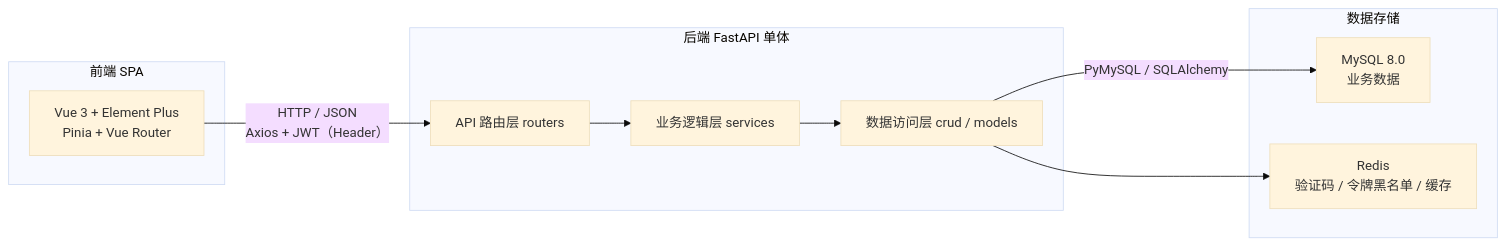
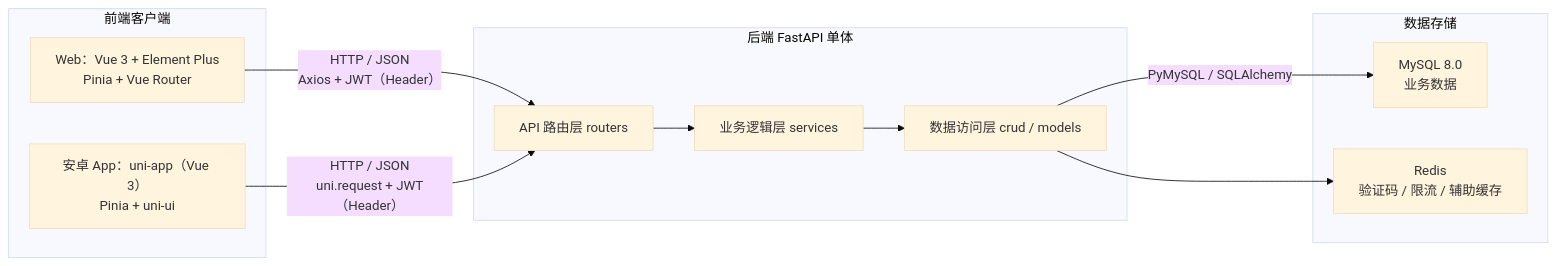
One commit to suwa-ko/FinLend changed the diagram in docs/01-技术栈分析与选型.md. Above: the diagram before and after it, drawn with Mermaid (base theme). The commit also changed other lines of this file and 7 other files, not shown here.

````diff
--- a/docs/01-技术栈分析与选型.md
+++ b/docs/01-技术栈分析与选型.md
@@ -19,16 +21,18 @@
 ```mermaid
 flowchart LR
-    subgraph FE["前端 SPA"]
-        A["Vue 3 + Element Plus<br/>Pinia + Vue Router"]
+    subgraph FE["前端客户端"]
+        A["Web：Vue 3 + Element Plus<br/>Pinia + Vue Router"]
+        A2["安卓 App：uni-app（Vue 3）<br/>Pinia + uni-ui"]
     end
     subgraph BE["后端 FastAPI 单体"]
         B["API 路由层 routers"] --> C["业务逻辑层 services"] --> D["数据访问层 crud / models"]
     end
     subgraph STORE["数据存储"]
         E["MySQL 8.0<br/>业务数据"]
-        F["Redis<br/>验证码 / 令牌黑名单 / 缓存"]
+        F["Redis<br/>验证码 / 限流 / 辅助缓存"]
     end
     A -- "HTTP / JSON<br/>Axios + JWT（Header）" --> B
+    A2 -- "HTTP / JSON<br/>uni.request + JWT（Header）" --> B
     D -- "PyMySQL / SQLAlchemy" --> E
     D --> F
 ```
````
